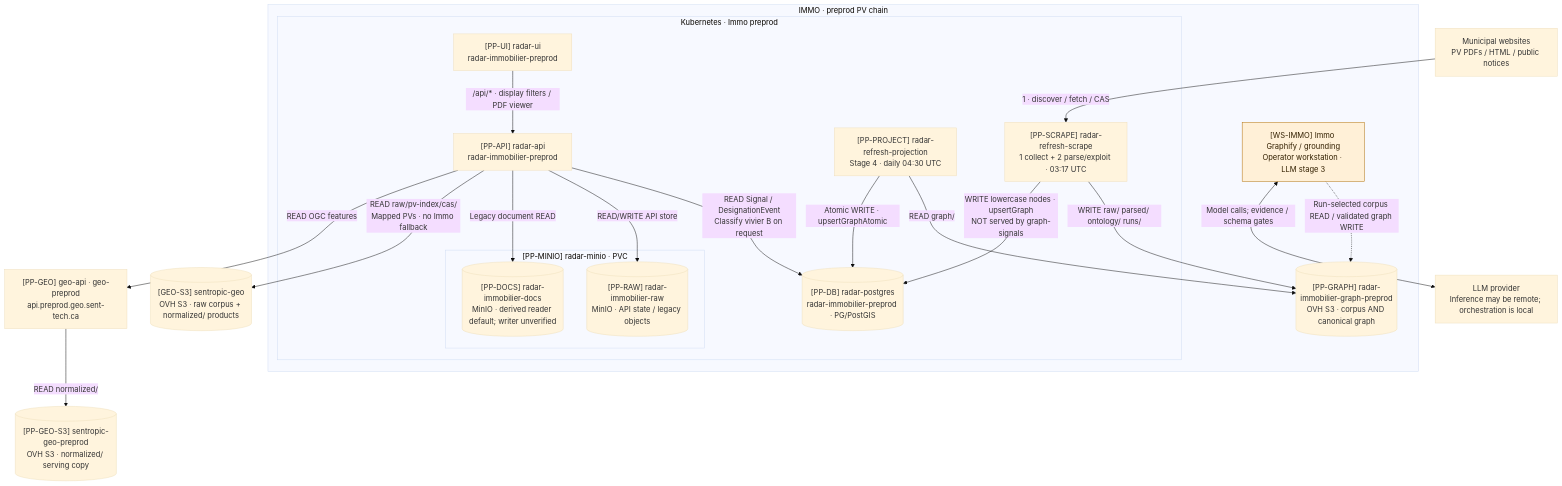
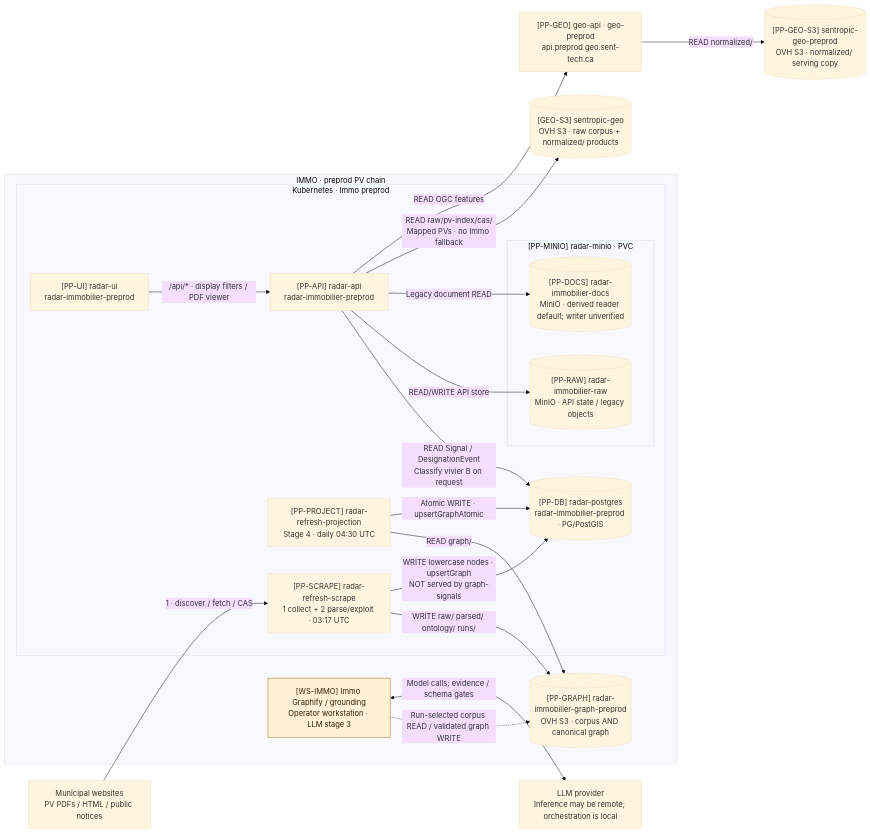
The second of 4 diagrams in docs/architecture.md (rhanka/radar-immobilier), drawn with Mermaid (base theme) before and after one commit. The commit also changed 5 other files, not shown here.

Commit message:
docs: checkpoint architecture navigation before decision dossier

````diff
--- a/docs/architecture.md
+++ b/docs/architecture.md
@@ -117,39 +117,39 @@
 ```mermaid
-flowchart TB
+flowchart LR
   websites["Municipal websites<br/>PV PDFs / HTML / public notices"]
   provider["LLM provider<br/>Inference may be remote; orchestration is local"]
   subgraph immo["IMMO · preprod PV chain"]
   subgraph deterministic["Kubernetes · Immo preprod"]
     PP_SCRAPE["[PP-SCRAPE] radar-refresh-scrape<br/>1 collect + 2 parse/exploit · 03:17 UTC"]
     PP_PROJECT["[PP-PROJECT] radar-refresh-projection<br/>Stage 4 · daily 04:30 UTC"]
     PP_DB[("[PP-DB] radar-postgres<br/>radar-immobilier-preprod · PG/PostGIS")]
     PP_API["[PP-API] radar-api<br/>radar-immobilier-preprod"]
     PP_UI["[PP-UI] radar-ui<br/>radar-immobilier-preprod"]
     subgraph ppminio["[PP-MINIO] radar-minio · PVC"]
       PP_RAW[("[PP-RAW] radar-immobilier-raw<br/>MinIO · API state / legacy objects")]
       PP_DOCS[("[PP-DOCS] radar-immobilier-docs<br/>MinIO · derived reader default; writer unverified")]
     end
   end
   WS_IMMO["[WS-IMMO] Immo Graphify / grounding<br/>Operator workstation · LLM stage 3"]
   PP_GRAPH[("[PP-GRAPH] radar-immobilier-graph-preprod<br/>OVH S3 · corpus AND canonical graph")]
   end
   PP_GEO["[PP-GEO] geo-api · geo-preprod<br/>api.preprod.geo.sent-tech.ca"]
   PP_GEO_S3[("[PP-GEO-S3] sentropic-geo-preprod<br/>OVH S3 · normalized/ serving copy")]
   GEO_S3[("[GEO-S3] sentropic-geo<br/>OVH S3 · raw corpus + normalized/ products")]
   websites -->|"1 · discover / fetch / CAS"| PP_SCRAPE
   PP_SCRAPE -->|"WRITE raw/ parsed/ ontology/ runs/"| PP_GRAPH
   PP_SCRAPE -->|"WRITE lowercase nodes · upsertGraph<br/>NOT served by graph-signals"| PP_DB
   WS_IMMO -.->|"Run-selected corpus READ / validated graph WRITE"| PP_GRAPH
   WS_IMMO <-->|"Model calls; evidence / schema gates"| provider
   PP_PROJECT -->|"READ graph/"| PP_GRAPH
   PP_PROJECT -->|"Atomic WRITE · upsertGraphAtomic"| PP_DB
   PP_API -->|"READ Signal / DesignationEvent<br/>Classify vivier B on request"| PP_DB
   PP_UI -->|"/api/* · display filters / PDF viewer"| PP_API
   PP_API -->|"READ/WRITE API store"| PP_RAW
   PP_API -->|"Legacy document READ"| PP_DOCS
   PP_API -->|"READ raw/pv-index/cas/<br/>Mapped PVs · no Immo fallback"| GEO_S3
   PP_API -->|"READ OGC features"| PP_GEO
   PP_GEO -->|"READ normalized/"| PP_GEO_S3
   classDef local fill:#fff0d7,stroke:#ad6a00,color:#332000;
   class WS_IMMO local;
 ```
````
